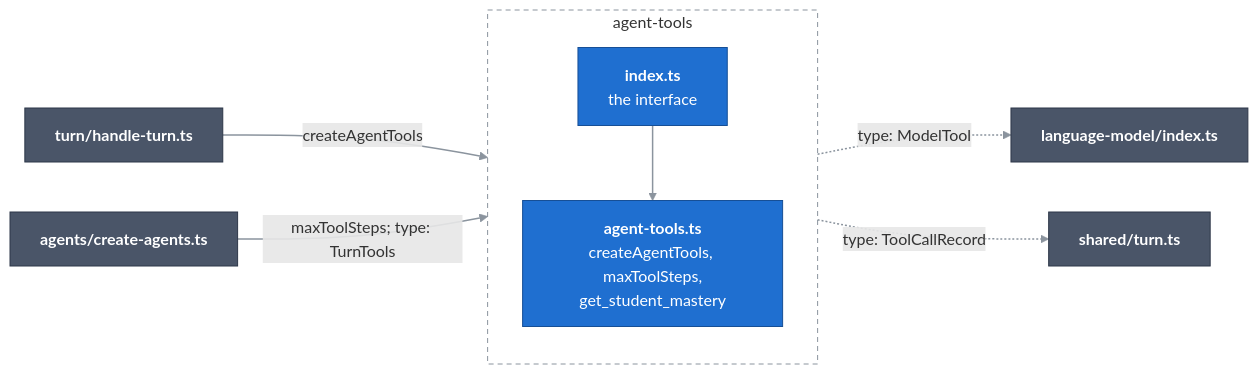
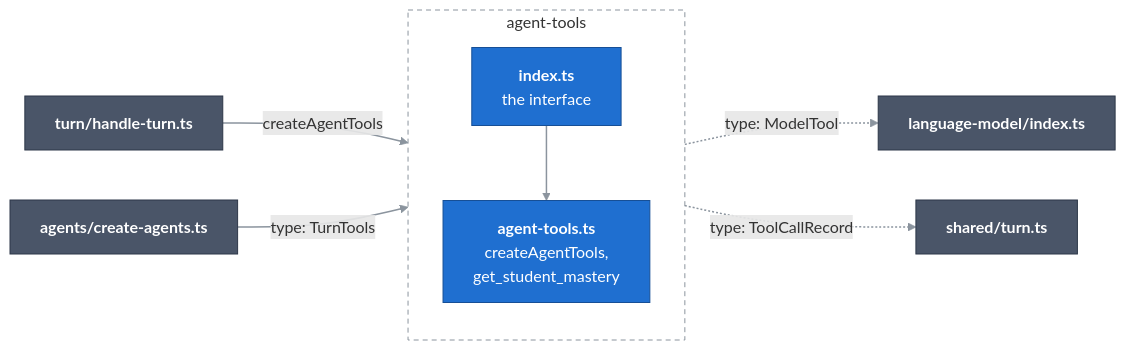
The diagram in docs/c4/03-components/server/13-agent-tools.md (Bill2926/COS40005_HN9_Verifiable_Co-Learner_Agent), drawn with Mermaid before and after one commit. The commit also changed other lines of this file and 44 other files, not shown here.

````diff
--- a/docs/c4/03-components/server/13-agent-tools.md
+++ b/docs/c4/03-components/server/13-agent-tools.md
@@ -11,25 +11,25 @@
 ```mermaid
 flowchart LR
   classDef comp fill:#1f6fd0,stroke:#164f96,color:#ffffff
   classDef near fill:#4a5568,stroke:#2d3748,color:#ffffff
   linkStyle default stroke:#8b949e,stroke-width:1.5px
 
   turn["<b>turn/handle-turn.ts</b>"]:::near
   agents["<b>agents/create-agents.ts</b>"]:::near
   lm["<b>language-model/index.ts</b>"]:::near
   shared["<b>shared/turn.ts</b>"]:::near
 
   subgraph tools["agent-tools"]
     direction TB
     index["<b>index.ts</b><br/>the interface"]:::comp
-    impl["<b>agent-tools.ts</b><br/>createAgentTools, maxToolSteps,<br/>get_student_mastery"]:::comp
+    impl["<b>agent-tools.ts</b><br/>createAgentTools,<br/>get_student_mastery"]:::comp
   end
 
   turn -->|"createAgentTools"| index
-  agents -->|"maxToolSteps; type: TurnTools"| index
+  agents -->|"type: TurnTools"| index
   index --> impl
   impl -.->|"type: ModelTool"| lm
   impl -.->|"type: ToolCallRecord"| shared
 
   style tools fill:none,stroke:#8b949e,stroke-dasharray:5 4
 ```
````
